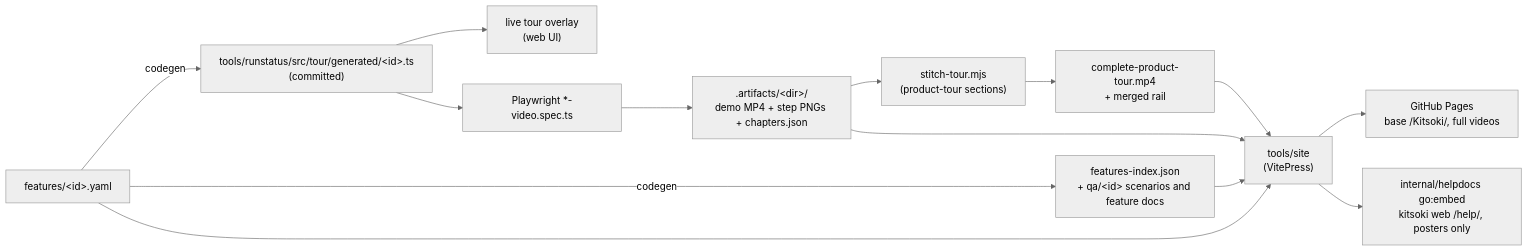
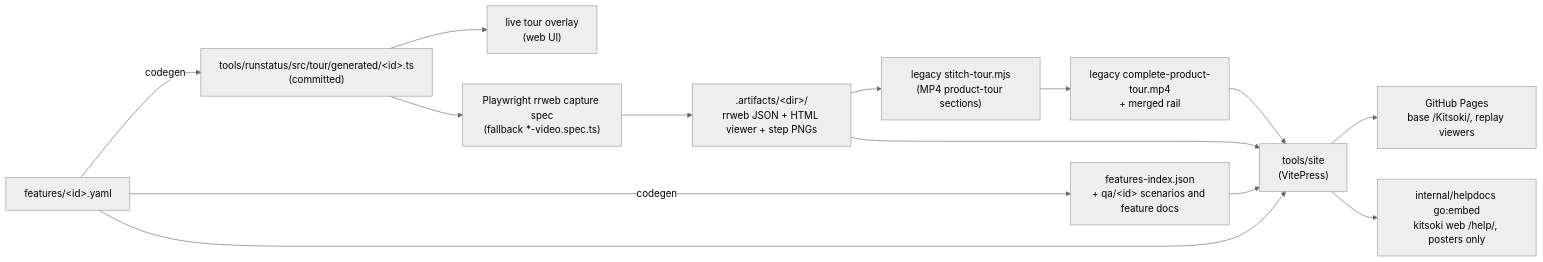
One commit to bsacrobatix/Kitsoki changed the diagram in docs/site/README.md. Above: the diagram before and after it, drawn with Mermaid (neutral theme). The commit also changed other lines of this file and 10 other files, not shown here.

Commit message:
docs(media): make rrweb the demo default

````diff
--- a/docs/site/README.md
+++ b/docs/site/README.md
@@ -5,27 +5,27 @@
 ```mermaid
 flowchart LR
     feature["features/&lt;id&gt;.yaml"]
     tour["tools/runstatus/src/tour/generated/&lt;id&gt;.ts<br/>(committed)"]
     overlay["live tour overlay<br/>(web UI)"]
-    spec["Playwright *-video.spec.ts"]
-    artifacts[".artifacts/&lt;dir&gt;/<br/>demo MP4 + step PNGs + chapters.json"]
-    stitch["stitch-tour.mjs<br/>(product-tour sections)"]
-    master["complete-product-tour.mp4<br/>+ merged rail"]
+    spec["Playwright rrweb capture spec<br/>(fallback *-video.spec.ts)"]
+    artifacts[".artifacts/&lt;dir&gt;/<br/>rrweb JSON + HTML viewer + step PNGs"]
+    stitch["legacy stitch-tour.mjs<br/>(MP4 product-tour sections)"]
+    master["legacy complete-product-tour.mp4<br/>+ merged rail"]
     index["features-index.json<br/>+ qa/&lt;id&gt; scenarios and feature docs"]
     site["tools/site<br/>(VitePress)"]
-    pages["GitHub Pages<br/>base /Kitsoki/, full videos"]
+    pages["GitHub Pages<br/>base /Kitsoki/, replay viewers"]
     help["internal/helpdocs go:embed<br/>kitsoki web /help/, posters only"]
 
     feature -->|"codegen"| tour
     tour --> overlay
     tour --> spec
     spec --> artifacts
     artifacts --> stitch --> master
     feature -->|"codegen"| index
     feature --> site
     index --> site
     artifacts --> site
     master --> site
     site --> pages
     site --> help
 ```
````
